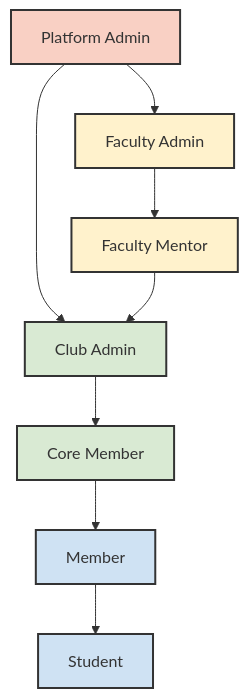
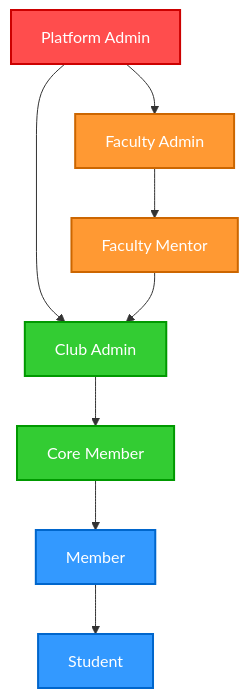
Before and after one commit to sohamdhande/nst-events-docs: the diagram in docs/diagrams/02-role-hierarchy.md, drawn with Mermaid. The commit also changed 13 other files, not shown here.

````diff
--- a/docs/diagrams/02-role-hierarchy.md
+++ b/docs/diagrams/02-role-hierarchy.md
@@ -5,23 +5,23 @@
 ```mermaid
 graph TD
     PlatformAdmin[Platform Admin] --> FacultyAdmin[Faculty Admin]
     PlatformAdmin --> ClubAdmin[Club Admin]
     
     FacultyAdmin --> FacultyMentor[Faculty Mentor]
     
     FacultyMentor --> ClubAdmin
     
     ClubAdmin --> CoreMember[Core Member]
     CoreMember --> Member[Member]
     Member --> Student[Student]
     
-    classDef admin fill:#f9d0c4,stroke:#333,stroke-width:2px;
-    classDef faculty fill:#fff2cc,stroke:#333,stroke-width:2px;
-    classDef club fill:#d9ead3,stroke:#333,stroke-width:2px;
-    classDef student fill:#cfe2f3,stroke:#333,stroke-width:2px;
+    classDef admin fill:#ff4d4d,color:#fff,stroke:#cc0000,stroke-width:2px;
+    classDef faculty fill:#ff9933,color:#fff,stroke:#cc6600,stroke-width:2px;
+    classDef club fill:#33cc33,color:#fff,stroke:#009900,stroke-width:2px;
+    classDef student fill:#3399ff,color:#fff,stroke:#0066cc,stroke-width:2px;
     
     class PlatformAdmin admin;
     class FacultyAdmin,FacultyMentor faculty;
     class ClubAdmin,CoreMember club;
     class Member,Student student;
 ```
````
